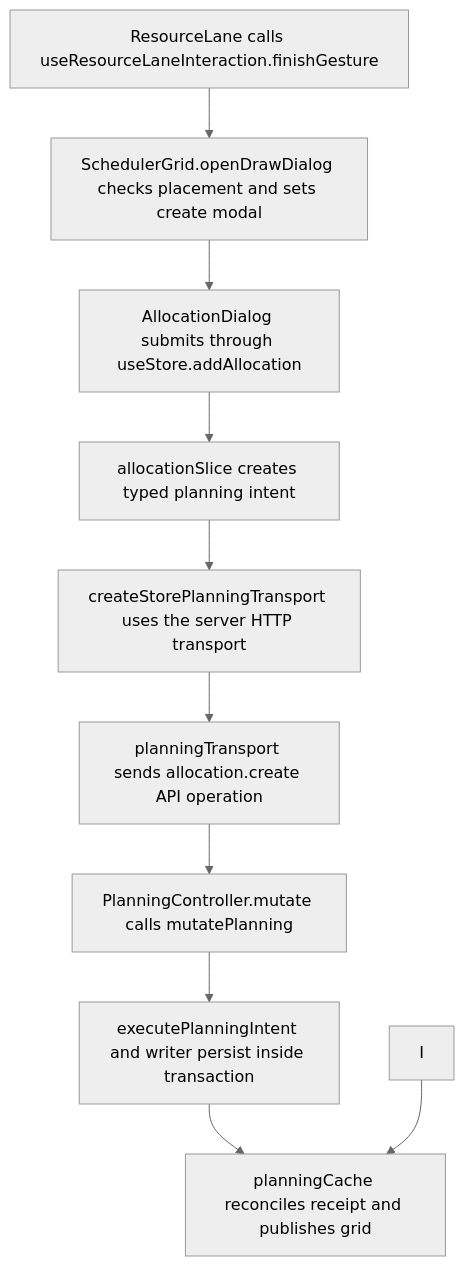
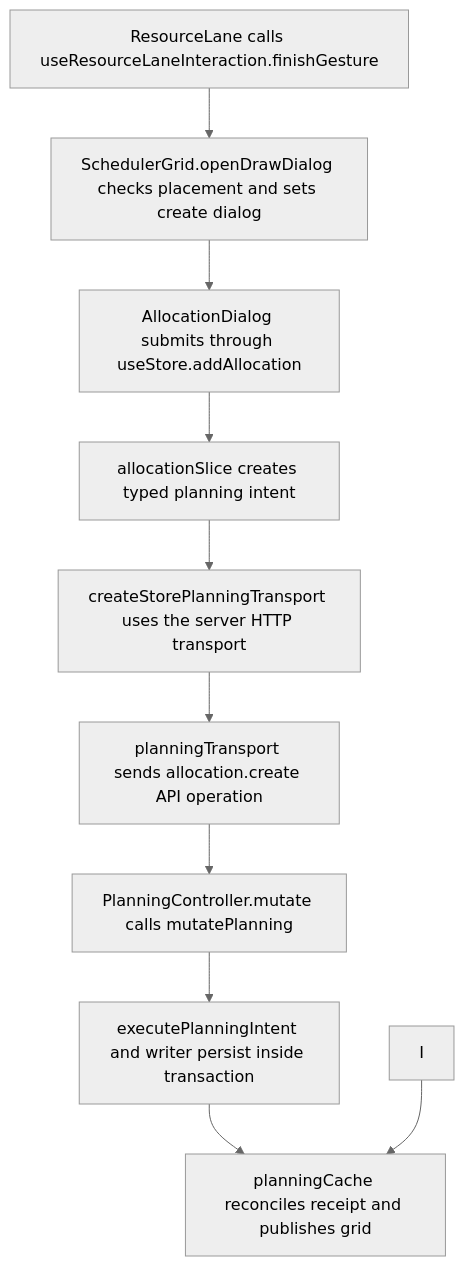
The second of 2 diagrams in user-stories/scheduler/US-SCH-02-draw-allocation.md (Kevinjohn/capacitylens), drawn with Mermaid (neutral theme) before and after one commit. The commit also changed 88 other files, not shown here.

First line of the commit message:
Modal to dialog: rename the form dialog wrapper and remaining names

````diff
--- a/user-stories/scheduler/US-SCH-02-draw-allocation.md
+++ b/user-stories/scheduler/US-SCH-02-draw-allocation.md
@@ -39,12 +39,12 @@
 ```mermaid
 flowchart TD
-  A["ResourceLane calls useResourceLaneInteraction.finishGesture"] --> B["SchedulerGrid.openDrawDialog checks placement and sets create modal"]
+  A["ResourceLane calls useResourceLaneInteraction.finishGesture"] --> B["SchedulerGrid.openDrawDialog checks placement and sets create dialog"]
   B --> C["AllocationDialog submits through useStore.addAllocation"]
   C --> D["allocationSlice creates typed planning intent"]
   D --> E["createStorePlanningTransport uses the server HTTP transport"]
   E --> F["planningTransport sends allocation.create API operation"]
   F --> G["PlanningController.mutate calls mutatePlanning"]
   G --> H["executePlanningIntent and writer persist inside transaction"]
   H --> J["planningCache reconciles receipt and publishes grid"]
   I --> J
 ```
````
